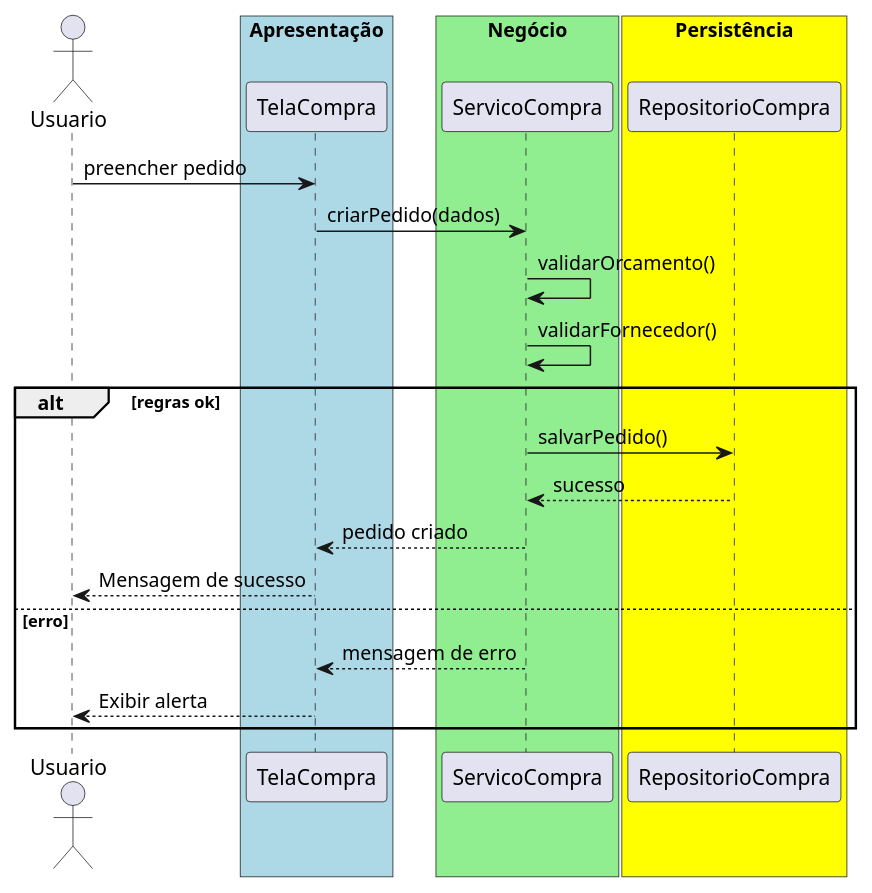
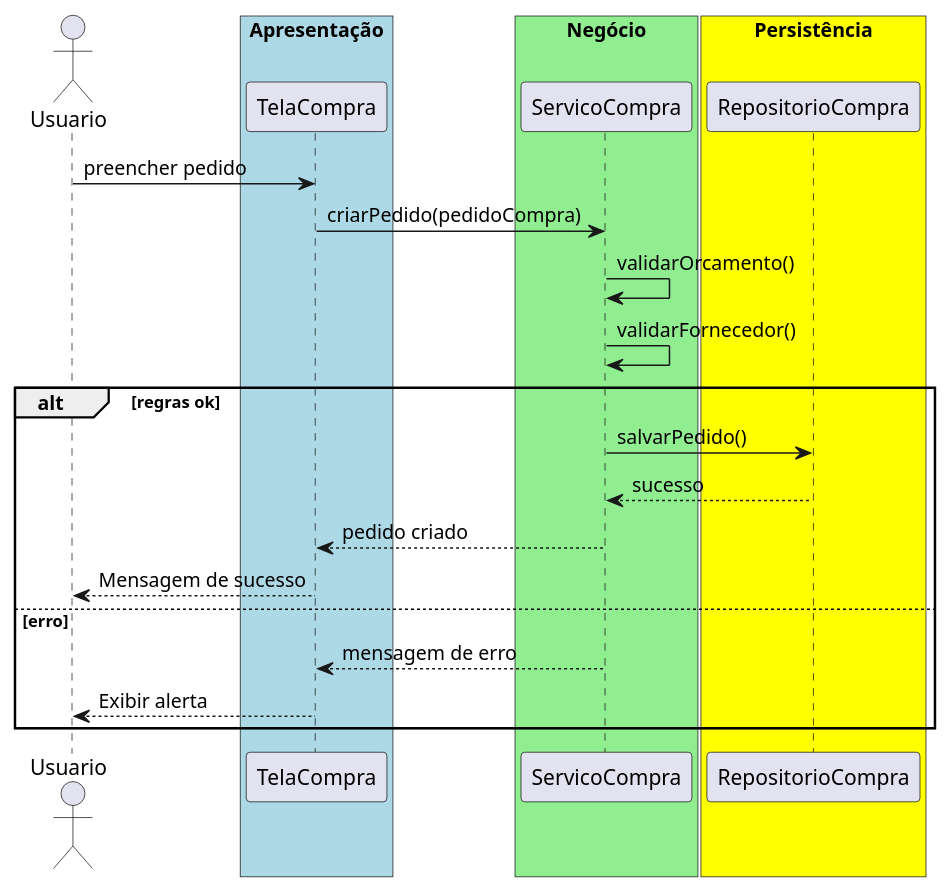
One commit to 20261-ifba-saj-ads-poo/blog changed the diagram in src/trabalhos/Trabalho33.md. Above: the diagram before and after it, drawn with PlantUML. The commit also changed other lines of this file and 35 other files, not shown here.

````diff
--- a/src/trabalhos/Trabalho33.md
+++ b/src/trabalhos/Trabalho33.md
@@ -28,27 +28,27 @@
-```plantuml
+```plantuml{kroki=true}
 @startuml
 actor Usuario
 box "Apresentação" #lightblue
     participant TelaCompra
 end box
 box "Negócio" #lightgreen
     participant ServicoCompra
 end box
 box "Persistência" #yellow
     participant RepositorioCompra
 end box
 Usuario -> TelaCompra : preencher pedido
-TelaCompra -> ServicoCompra : criarPedido(dados)
+TelaCompra -> ServicoCompra : criarPedido(pedidoCompra)
 ServicoCompra -> ServicoCompra : validarOrcamento()
 ServicoCompra -> ServicoCompra : validarFornecedor()
 alt regras ok
     ServicoCompra -> RepositorioCompra : salvarPedido()
     RepositorioCompra --> ServicoCompra : sucesso
     ServicoCompra --> TelaCompra : pedido criado
     TelaCompra --> Usuario : Mensagem de sucesso
 else erro
     ServicoCompra --> TelaCompra : mensagem de erro
     TelaCompra --> Usuario : Exibir alerta
 end
 @enduml
 ```
````
